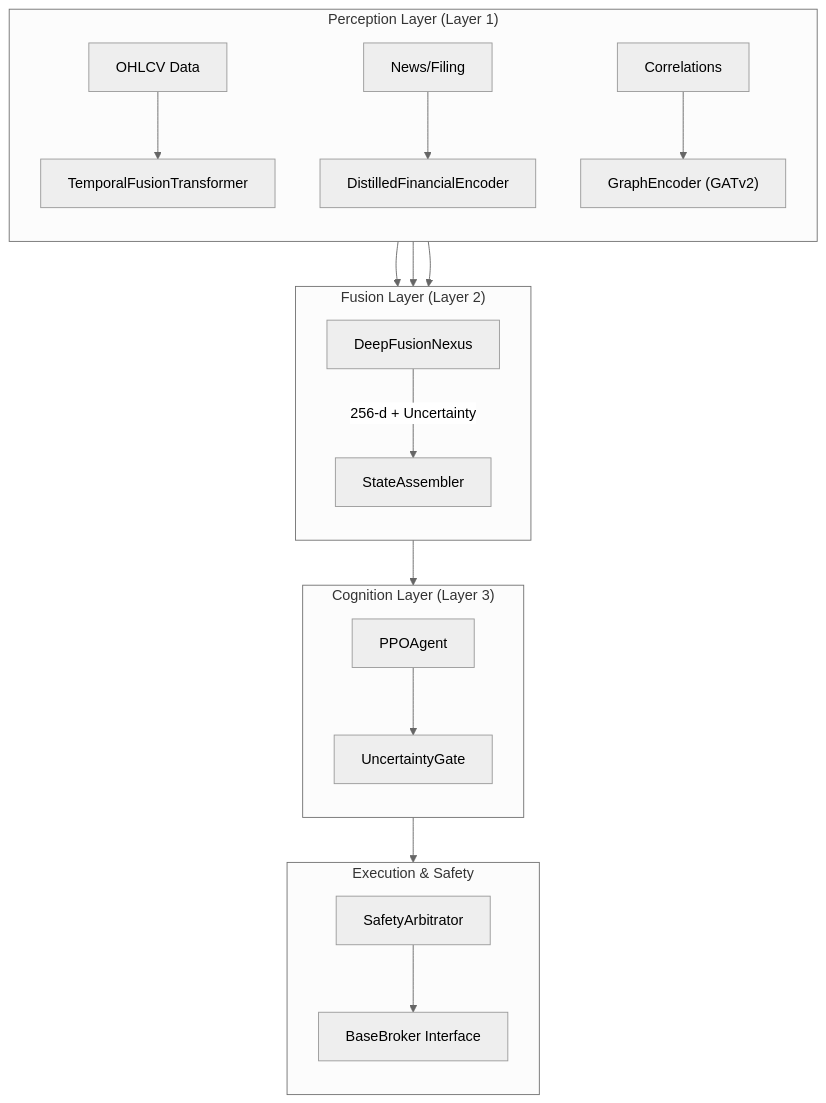
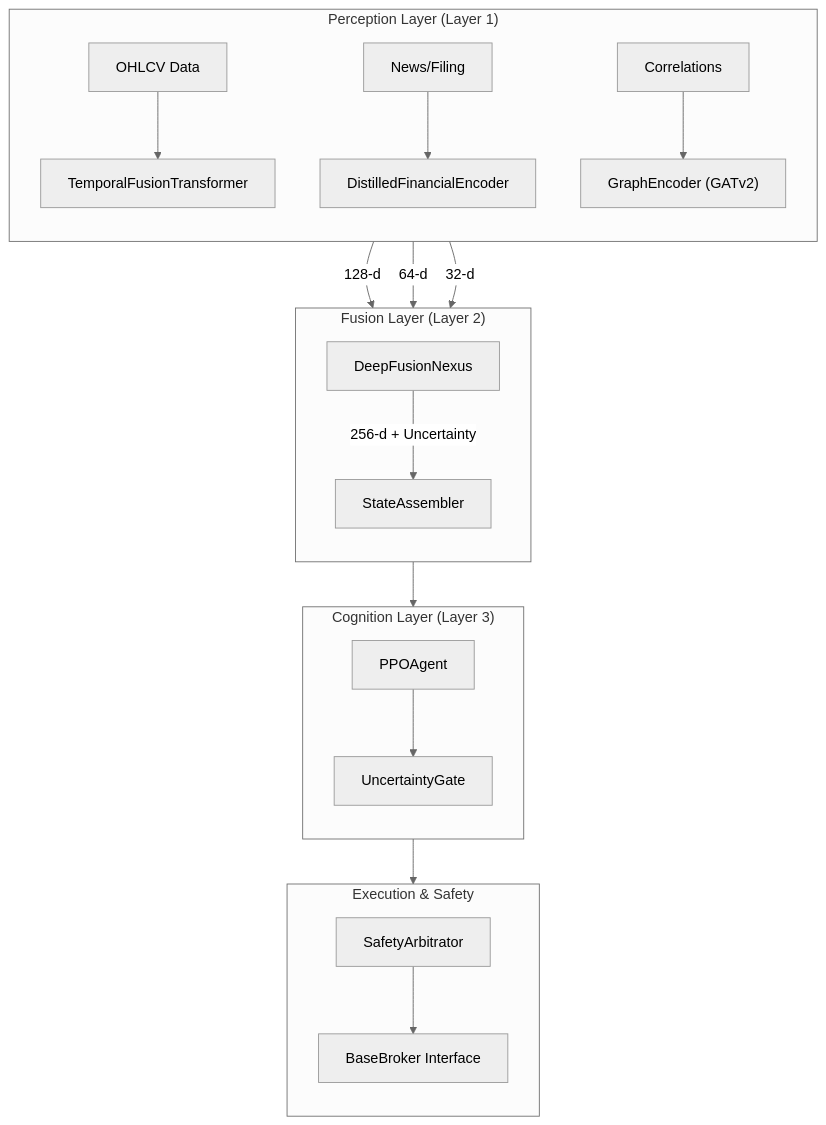
Before and after one commit to franjavi-upct-es/lumina_project: the first of 2 diagrams in docs/wiki/index.md, drawn with Mermaid (neutral theme). The commit also changed other lines of this file and 4 other files, not shown here.

````diff
--- a/docs/wiki/index.md
+++ b/docs/wiki/index.md
@@ -29,29 +29,29 @@
 ```mermaid
 graph TD
 
    subgraph "Perception Layer (Layer 1)"
       direction TB
       OHLCV["OHLCV Data"] --> TFT[TemporalFusionTransformer]
       NEWS["News/Filing"] --> DFE[DistilledFinancialEncoder]
       CORR[Correlations] --> GAT["GraphEncoder (GATv2)"]
    end
 
    subgraph "Fusion Layer (Layer 2)"
       direction TB
-      TFT --> DFN[DeepFusionNexus]
-      DFE --> DFN
-      GAT --> DFN
+      TFT --> |128-d| DFN[DeepFusionNexus]
+      DFE --> |64-d| DFN
+      GAT --> |32-d| DFN
       DFN --> |"256-d + Uncertainty"| SA[StateAssembler]
    end
 
    subgraph "Cognition Layer (Layer 3)"
       direction TB
       SA --> PPO["PPOAgent"] --> UG[UncertaintyGate]
    end
 
 
    subgraph "Execution & Safety"
       direction TB
       UG --> SAR["SafetyArbitrator"] --> BBI[BaseBroker Interface]
    end
 ```
````
